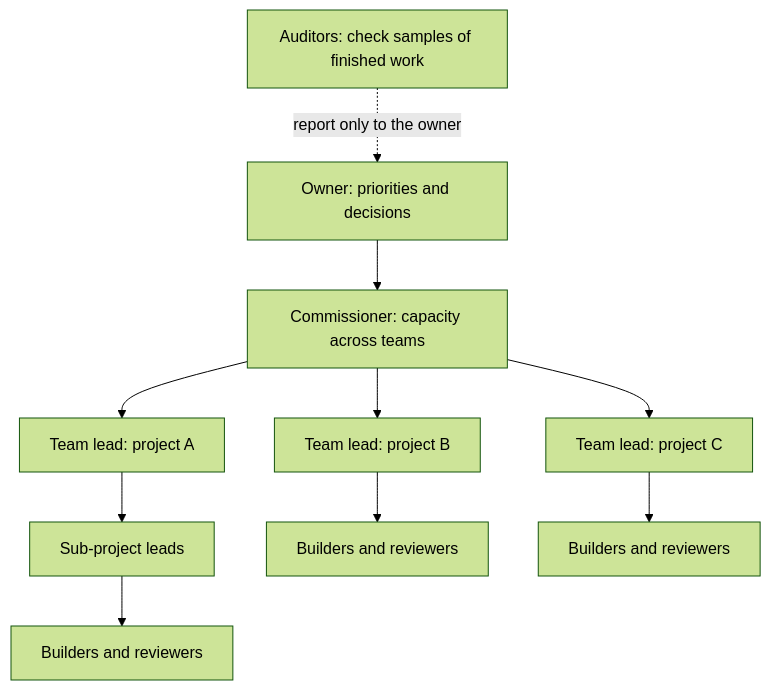
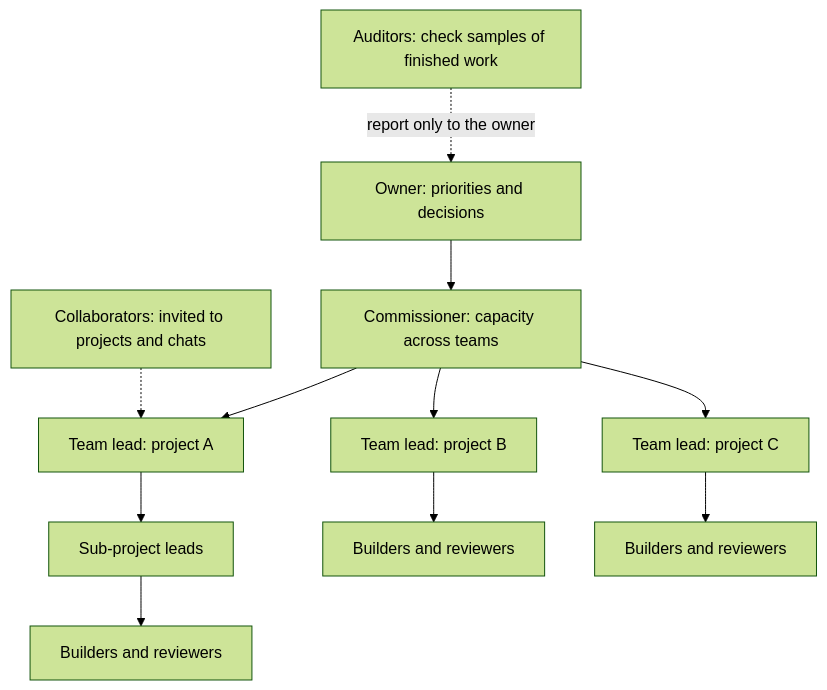
One commit to TrendyLuxe-Club/agent-dispatch-dashboard-overview changed the first of 2 diagrams in README.md. Above: the diagram before and after it, drawn with Mermaid (forest theme). The commit also changed other lines of this file, not shown here.

````diff
--- a/README.md
+++ b/README.md
@@ -27,12 +30,13 @@
 ```mermaid
 flowchart TB
   O[Owner: priorities and decisions] --> C[Commissioner: capacity across teams]
   C --> T1[Team lead: project A]
   C --> T2[Team lead: project B]
   C --> T3[Team lead: project C]
   T1 --> S1[Sub-project leads]
   S1 --> W1[Builders and reviewers]
   T2 --> W2[Builders and reviewers]
   T3 --> W3[Builders and reviewers]
   F[Auditors: check samples of finished work] -.->|report only to the owner| O
+  H[Collaborators: invited to projects and chats] -.-> T1
 ```
````
